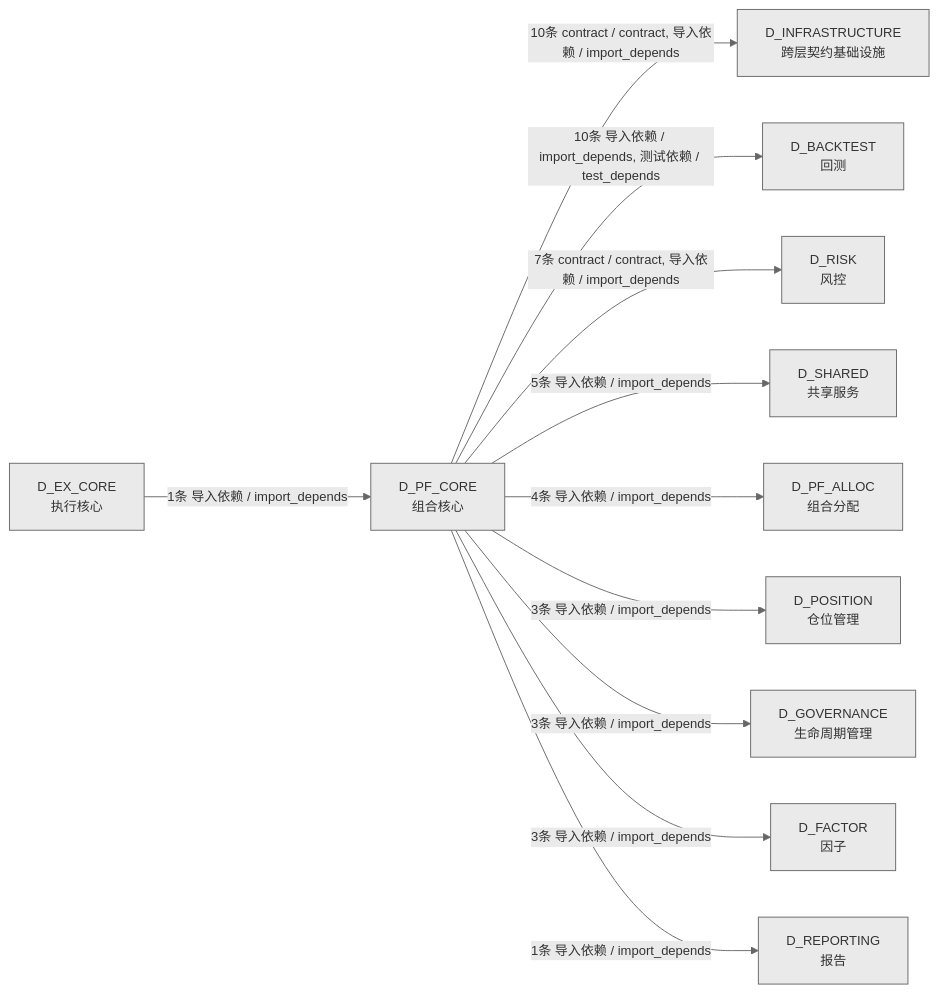
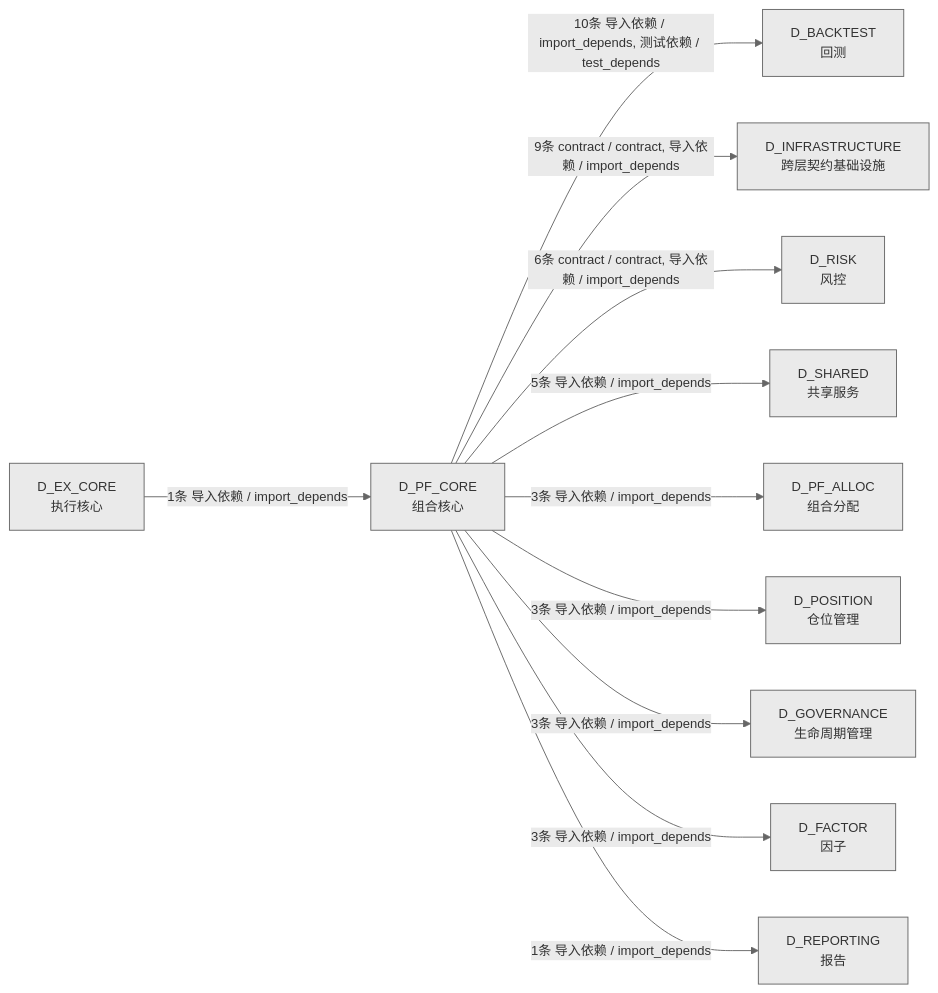
The fourth of 4 diagrams in docs/02_enterprise_architecture/02_domain_architecture_docs/63_d_pf_core.md (xuanFelixVan/ZephyrAlpha), drawn with Mermaid before and after one commit. The commit also changed other lines of this file and 46 other files, not shown here.

````diff
--- a/docs/02_enterprise_architecture/02_domain_architecture_docs/63_d_pf_core.md
+++ b/docs/02_enterprise_architecture/02_domain_architecture_docs/63_d_pf_core.md
@@ -271,25 +271,25 @@
 ```mermaid
 %%{init: {'theme': 'base', 'themeVariables': {'primaryColor': '#eaeaea', 'primaryTextColor': '#333333', 'primaryBorderColor': '#666666', 'lineColor': '#666666', 'secondaryColor': '#eaeaea', 'tertiaryColor': '#eaeaea', 'fontSize': '14px'}}}%%
 graph LR
     D_PF_CORE["D_PF_CORE<br/>组合核心"]
+    D_BACKTEST["D_BACKTEST<br/>回测"]
     D_INFRASTRUCTURE["D_INFRASTRUCTURE<br/>跨层契约基础设施"]
-    D_BACKTEST["D_BACKTEST<br/>回测"]
     D_RISK["D_RISK<br/>风控"]
     D_SHARED["D_SHARED<br/>共享服务"]
     D_PF_ALLOC["D_PF_ALLOC<br/>组合分配"]
     D_POSITION["D_POSITION<br/>仓位管理"]
     D_GOVERNANCE["D_GOVERNANCE<br/>生命周期管理"]
     D_FACTOR["D_FACTOR<br/>因子"]
     D_REPORTING["D_REPORTING<br/>报告"]
     D_EX_CORE["D_EX_CORE<br/>执行核心"]
-    D_PF_CORE -->|10条 contract / contract, 导入依赖 / import_depends| D_INFRASTRUCTURE
     D_PF_CORE -->|10条 导入依赖 / import_depends, 测试依赖 / test_depends| D_BACKTEST
-    D_PF_CORE -->|7条 contract / contract, 导入依赖 / import_depends| D_RISK
+    D_PF_CORE -->|9条 contract / contract, 导入依赖 / import_depends| D_INFRASTRUCTURE
+    D_PF_CORE -->|6条 contract / contract, 导入依赖 / import_depends| D_RISK
     D_PF_CORE -->|5条 导入依赖 / import_depends| D_SHARED
-    D_PF_CORE -->|4条 导入依赖 / import_depends| D_PF_ALLOC
+    D_PF_CORE -->|3条 导入依赖 / import_depends| D_PF_ALLOC
     D_PF_CORE -->|3条 导入依赖 / import_depends| D_POSITION
     D_PF_CORE -->|3条 导入依赖 / import_depends| D_GOVERNANCE
     D_PF_CORE -->|3条 导入依赖 / import_depends| D_FACTOR
     D_PF_CORE -->|1条 导入依赖 / import_depends| D_REPORTING
     D_EX_CORE -->|1条 导入依赖 / import_depends| D_PF_CORE
 ```
````
